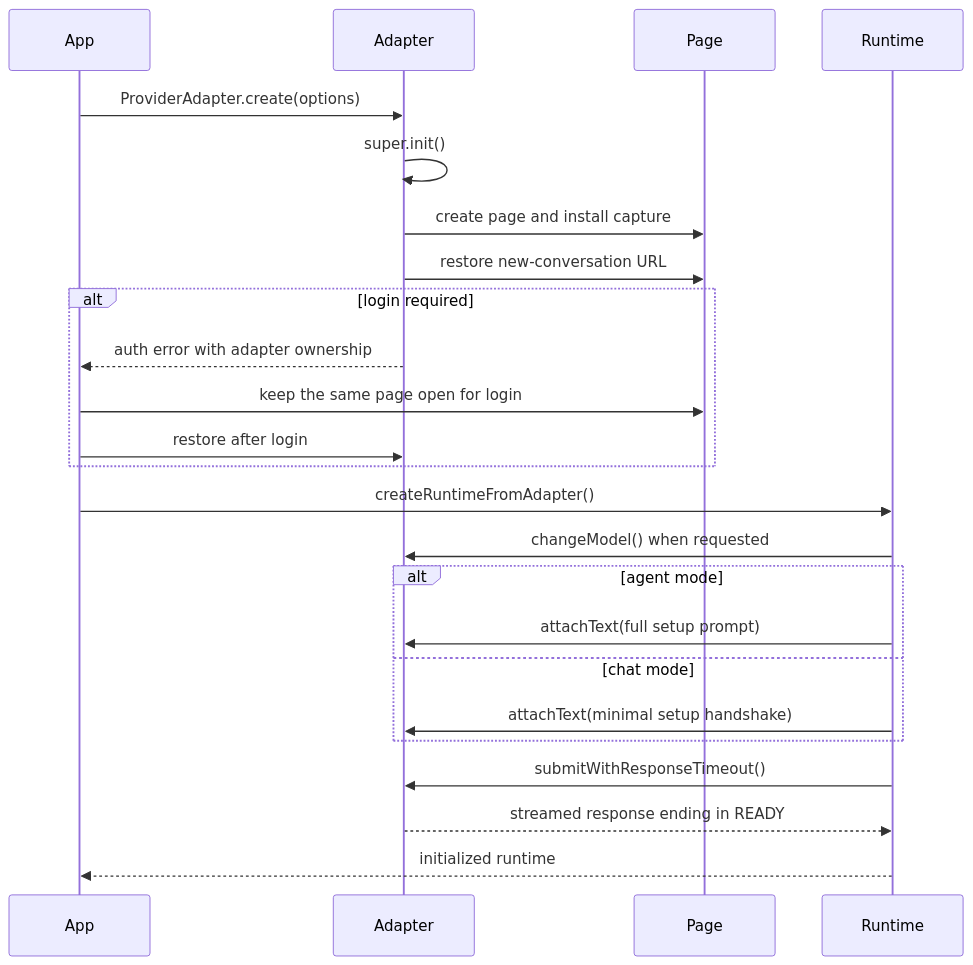
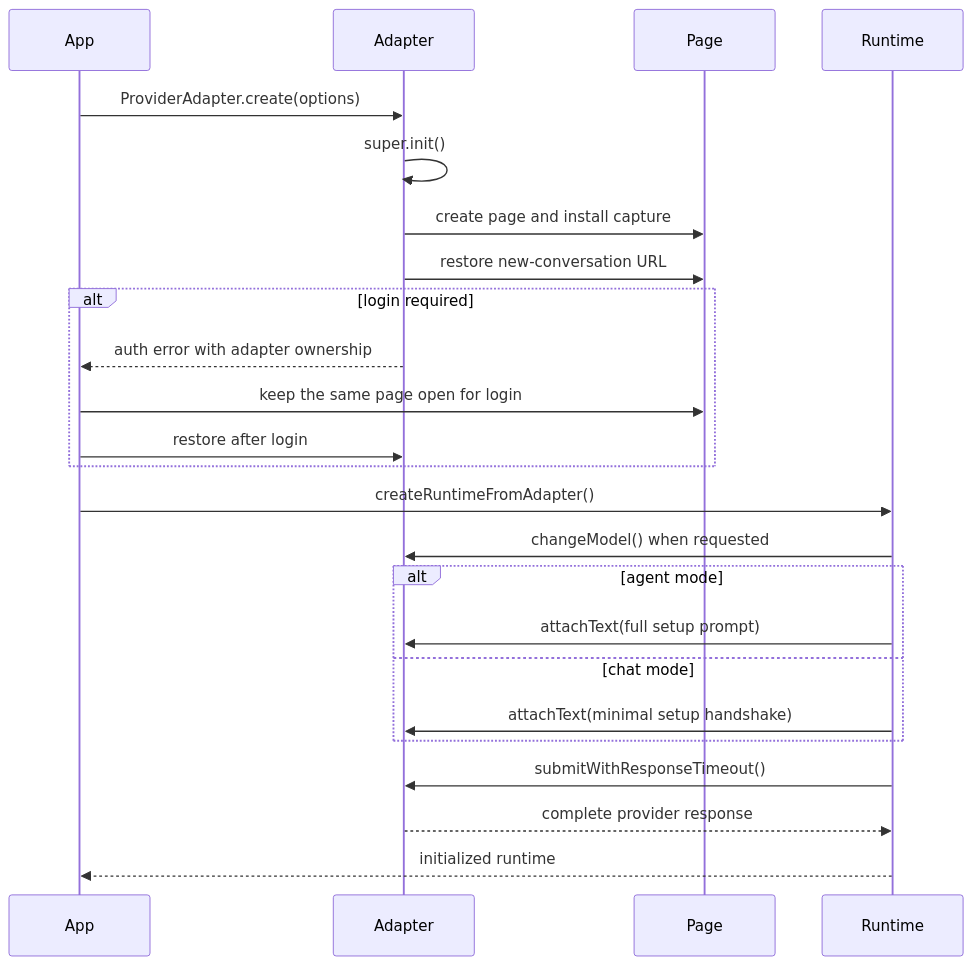
One commit to kabxx/portal changed the first of 2 diagrams in docs/development/provider-development.md. Above: the diagram before and after it, drawn with Mermaid. The commit also changed other lines of this file and 45 other files, not shown here.

Commit message:
fix: restore provider runtime integrity

````diff
--- a/docs/development/provider-development.md
+++ b/docs/development/provider-development.md
@@ -40,27 +40,27 @@
 ```mermaid
 sequenceDiagram
     participant App
     participant Adapter
     participant Page
     participant Runtime
 
     App->>Adapter: ProviderAdapter.create(options)
     Adapter->>Adapter: super.init()
     Adapter->>Page: create page and install capture
     Adapter->>Page: restore new-conversation URL
     alt login required
         Adapter-->>App: auth error with adapter ownership
         App->>Page: keep the same page open for login
         App->>Adapter: restore after login
     end
     App->>Runtime: createRuntimeFromAdapter()
     Runtime->>Adapter: changeModel() when requested
     alt agent mode
         Runtime->>Adapter: attachText(full setup prompt)
     else chat mode
         Runtime->>Adapter: attachText(minimal setup handshake)
     end
     Runtime->>Adapter: submitWithResponseTimeout()
-    Adapter-->>Runtime: streamed response ending in READY
+    Adapter-->>Runtime: complete provider response
     Runtime-->>App: initialized runtime
 ```
````
